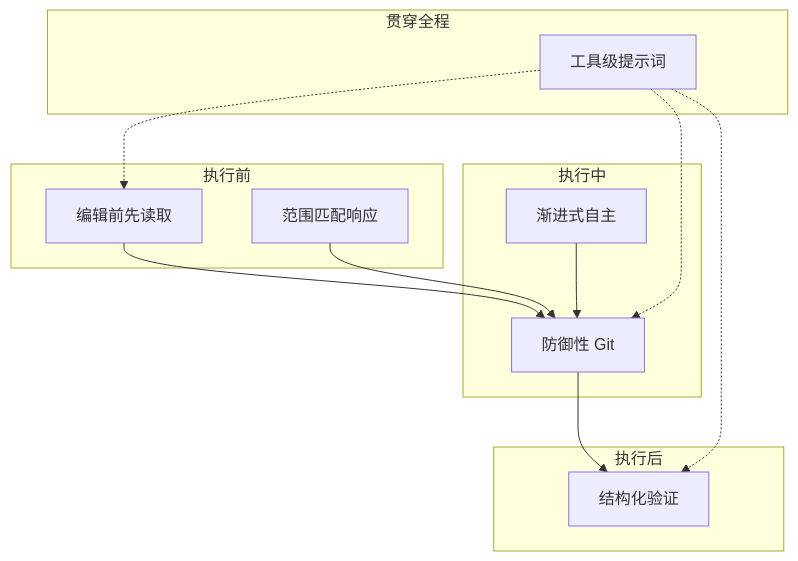
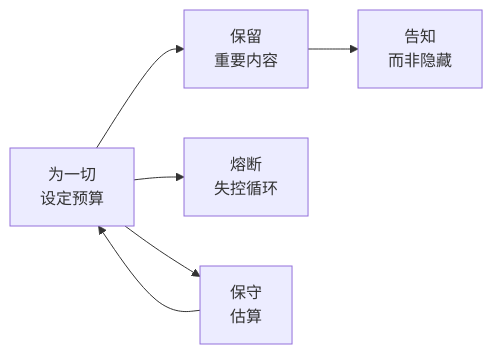
One commit to goldtoad6/harness-engineering-from-cc-to-ai-coding changed the second of 2 diagrams in book/src/part7/ch26.md. Above: the diagram before and after it, drawn with Mermaid. The commit also changed other lines of this file and 14 other files, not shown here.

````diff
--- a/book/src/part7/ch26.md
+++ b/book/src/part7/ch26.md
@@ -227,25 +177,8 @@
 ```mermaid
-graph TD
-    subgraph 执行前
-        A["编辑前先读取"]
-        B["范围匹配响应"]
-    end
-    subgraph 执行中
-        C["防御性 Git"]
-        D["渐进式自主"]
-    end
-    subgraph 执行后
-        E["结构化验证"]
-    end
-    subgraph 贯穿全程
-        F["工具级提示词"]
-    end
-
-    A --> C
-    B --> C
-    D --> C
-    C --> E
-    F -.-> A
-    F -.-> C
-    F -.-> E
+graph LR
+    A["为一切<br/>设定预算"] --> B["保留<br/>重要内容"]
+    B --> C["告知<br/>而非隐藏"]
+    A --> D["熔断<br/>失控循环"]
+    A --> E["保守<br/>估算"]
+    E --> A
 ```
````
